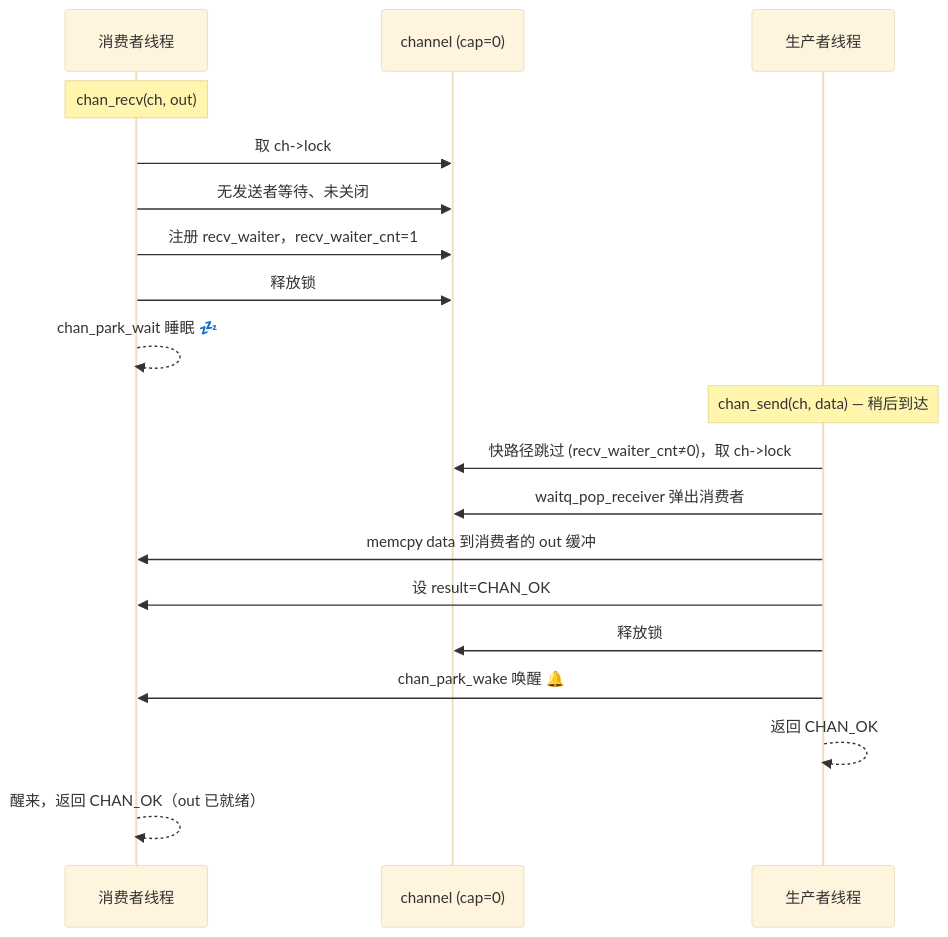
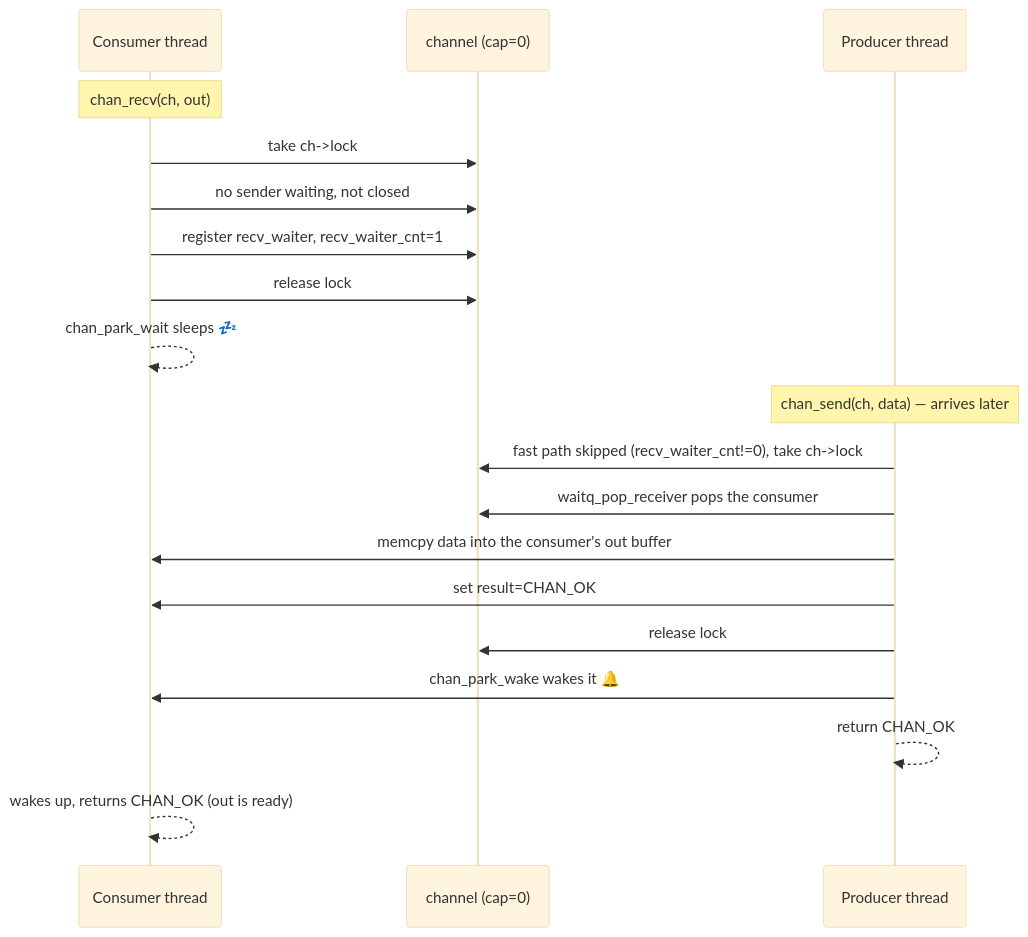
One commit to calcky/libchan changed the fourth of 4 diagrams in doc/architecture.md. Above: the diagram before and after it, drawn with Mermaid (base theme). The commit also changed other lines of this file and 30 other files, not shown here.

````diff
--- a/doc/architecture.md
+++ b/doc/architecture.md
@@ -145,23 +144,23 @@
 ```mermaid
 sequenceDiagram
-    participant C as 消费者线程
+    participant C as Consumer thread
     participant Ch as channel (cap=0)
-    participant P as 生产者线程
+    participant P as Producer thread
 
     Note over C: chan_recv(ch, out)
-    C->>Ch: 取 ch->lock
-    C->>Ch: 无发送者等待、未关闭
-    C->>Ch: 注册 recv_waiter，recv_waiter_cnt=1
-    C->>Ch: 释放锁
-    C-->>C: chan_park_wait 睡眠 💤
+    C->>Ch: take ch->lock
+    C->>Ch: no sender waiting, not closed
+    C->>Ch: register recv_waiter, recv_waiter_cnt=1
+    C->>Ch: release lock
+    C-->>C: chan_park_wait sleeps 💤
 
-    Note over P: chan_send(ch, data) — 稍后到达
-    P->>Ch: 快路径跳过 (recv_waiter_cnt≠0)，取 ch->lock
-    P->>Ch: waitq_pop_receiver 弹出消费者
-    P->>C: memcpy data 到消费者的 out 缓冲
-    P->>C: 设 result=CHAN_OK
-    P->>Ch: 释放锁
-    P->>C: chan_park_wake 唤醒 🔔
-    P-->>P: 返回 CHAN_OK
-    C-->>C: 醒来，返回 CHAN_OK（out 已就绪）
+    Note over P: chan_send(ch, data) — arrives later
+    P->>Ch: fast path skipped (recv_waiter_cnt!=0), take ch->lock
+    P->>Ch: waitq_pop_receiver pops the consumer
+    P->>C: memcpy data into the consumer's out buffer
+    P->>C: set result=CHAN_OK
+    P->>Ch: release lock
+    P->>C: chan_park_wake wakes it 🔔
+    P-->>P: return CHAN_OK
+    C-->>C: wakes up, returns CHAN_OK (out is ready)
 ```
````
